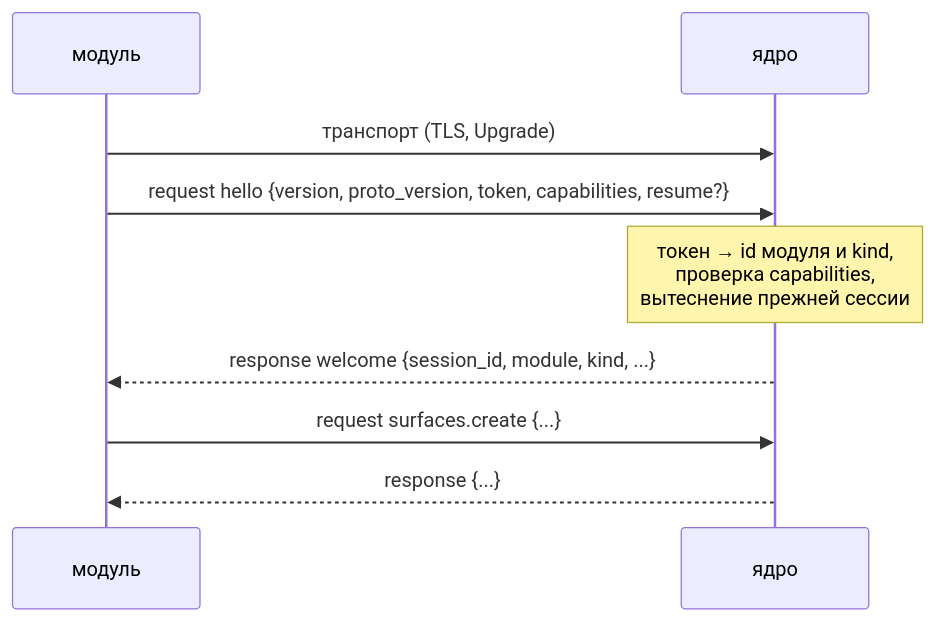
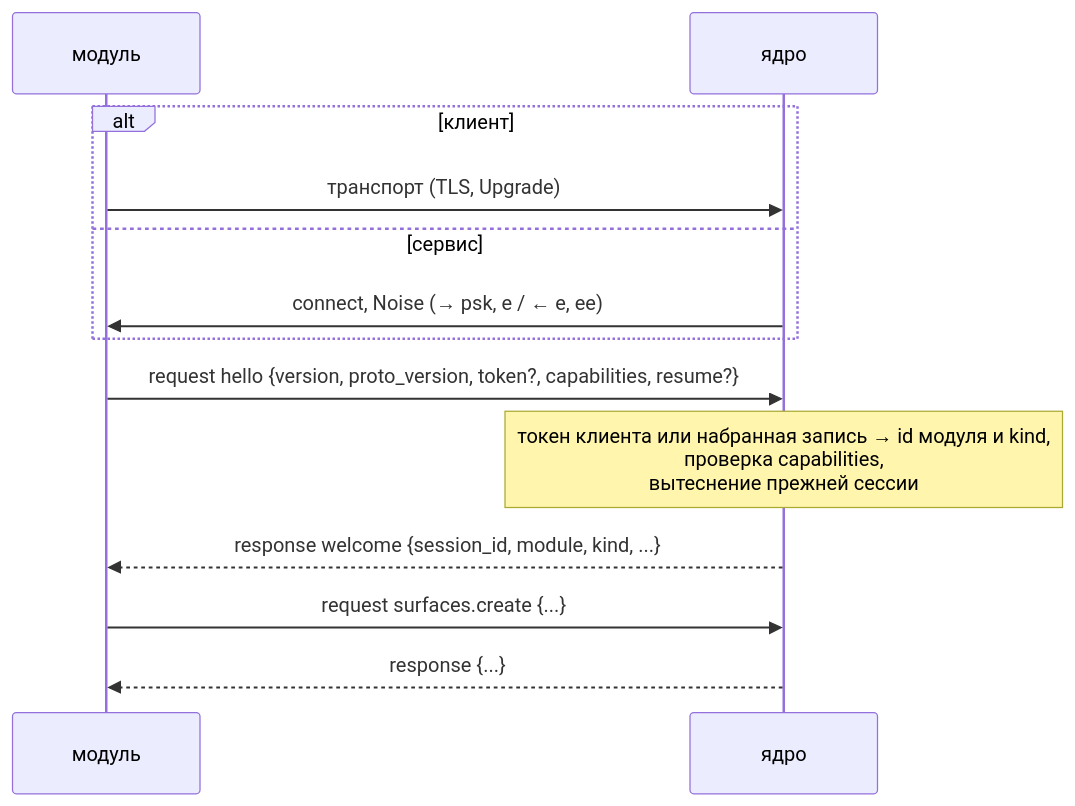
One commit to eva-rs/kernel changed the first of 2 diagrams in docs/src/protocol.md. Above: the diagram before and after it, drawn with Mermaid. The commit also changed other lines of this file and 94 other files, not shown here.

First line of the commit message:
Ядро звонит сервисам: реестр, Noise PSK, модуль слушает

````diff
--- a/docs/src/protocol.md
+++ b/docs/src/protocol.md
@@ -67,11 +86,15 @@
 ```mermaid
 sequenceDiagram
   participant M as модуль
   participant K as ядро
-  M->>K: транспорт (TLS, Upgrade)
-  M->>K: request hello {version, proto_version, token, capabilities, resume?}
-  Note over K: токен → id модуля и kind,<br/>проверка capabilities,<br/>вытеснение прежней сессии
+  alt клиент
+    M->>K: транспорт (TLS, Upgrade)
+  else сервис
+    K->>M: connect, Noise (→ psk, e / ← e, ee)
+  end
+  M->>K: request hello {version, proto_version, token?, capabilities, resume?}
+  Note over K: токен клиента или набранная запись → id модуля и kind,<br/>проверка capabilities,<br/>вытеснение прежней сессии
   K-->>M: response welcome {session_id, module, kind, ...}
   M->>K: request surfaces.create {...}
   K-->>M: response {...}
 ```
````
